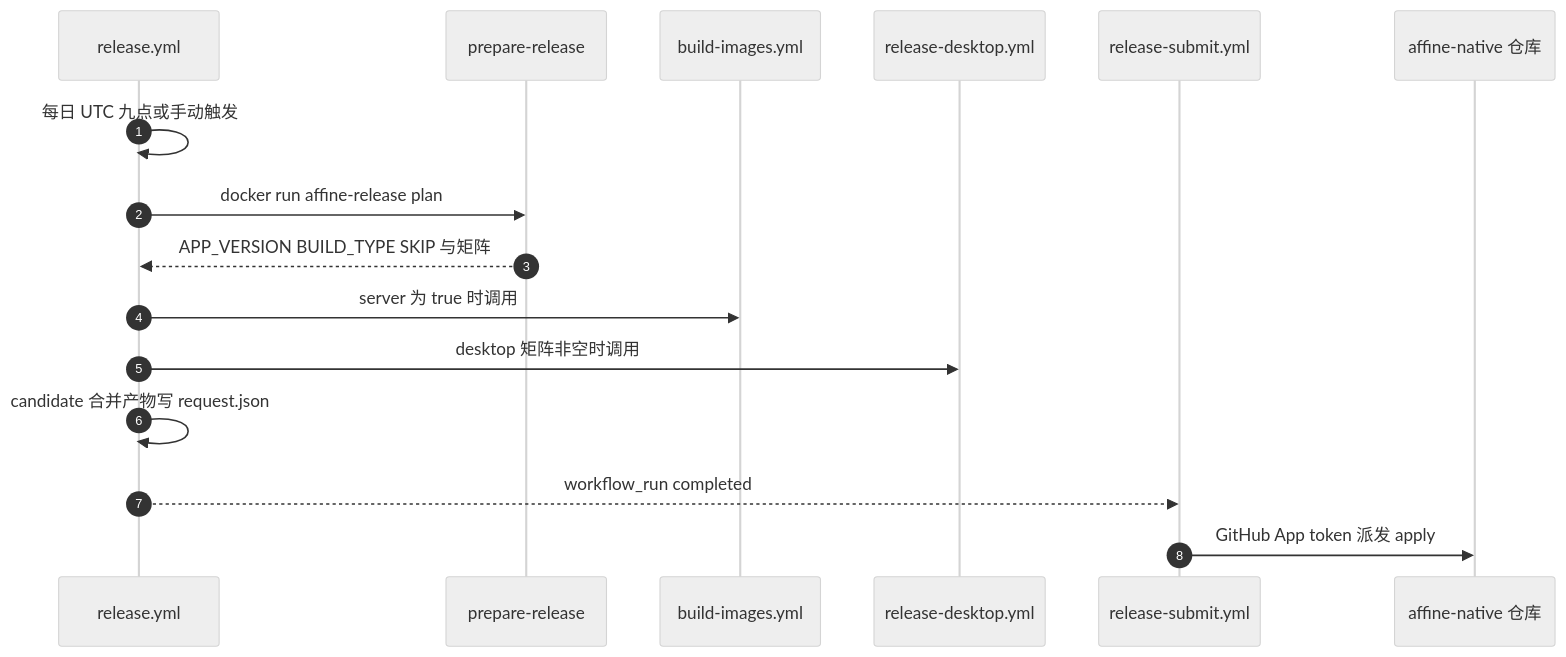
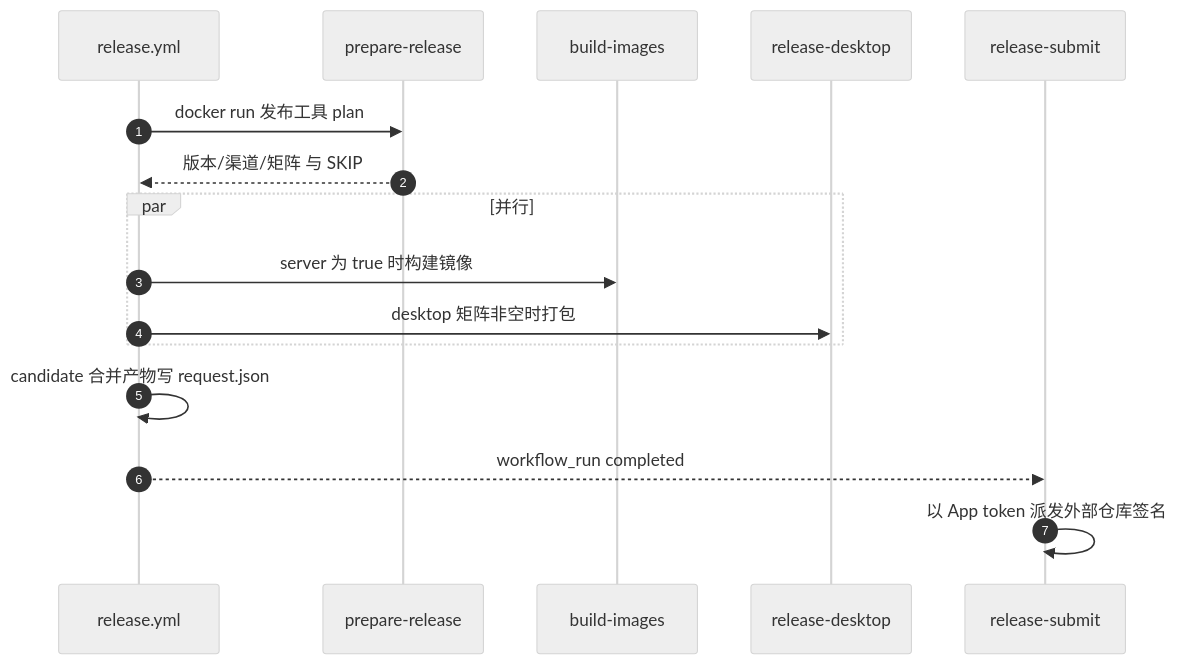
Before and after one commit to lfire/AFFiNE: the fifth of 5 diagrams in learning-guide/slides/decks/26.md, drawn with Mermaid (neutral theme). The commit also changed other lines of this file and 46 other files, not shown here.

````diff
--- a/learning-guide/slides/decks/26.md
+++ b/learning-guide/slides/decks/26.md
@@ -404,18 +429,18 @@
 ```mermaid
 sequenceDiagram
   autonumber
   participant R as release.yml
   participant P as prepare-release
-  participant BI as build-images.yml
-  participant RD as release-desktop.yml
-  participant RS as release-submit.yml
-  participant X as affine-native 仓库
-  R->>R: 每日 UTC 九点或手动触发
-  R->>P: docker run affine-release plan
-  P-->>R: APP_VERSION BUILD_TYPE SKIP 与矩阵
-  R->>BI: server 为 true 时调用
-  R->>RD: desktop 矩阵非空时调用
+  participant BI as build-images
+  participant RD as release-desktop
+  participant RS as release-submit
+  R->>P: docker run 发布工具 plan
+  P-->>R: 版本/渠道/矩阵 与 SKIP
+  par 并行
+    R->>BI: server 为 true 时构建镜像
+    R->>RD: desktop 矩阵非空时打包
+  end
   R->>R: candidate 合并产物写 request.json
   R-->>RS: workflow_run completed
-  RS->>X: GitHub App token 派发 apply
+  RS->>RS: 以 App token 派发外部仓库签名
 ```
````
